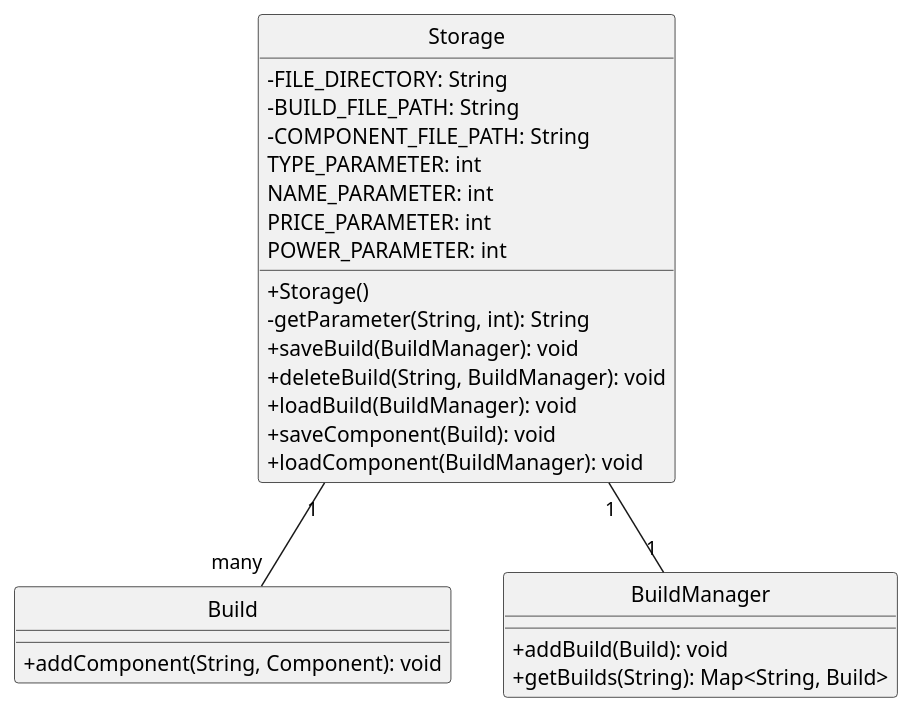
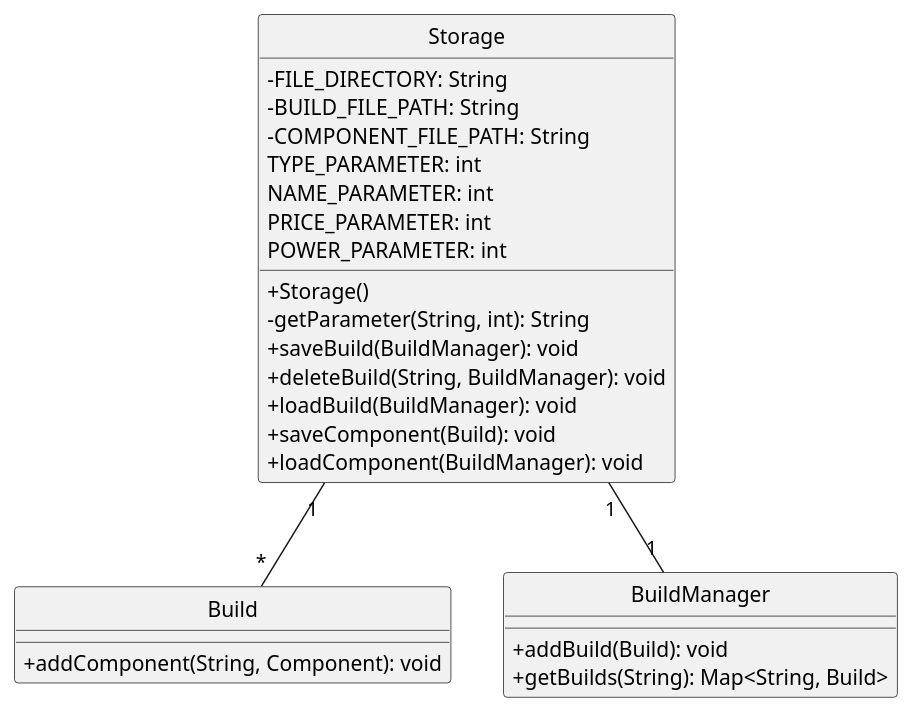
Before and after one commit to nus-cs2113-AY2223S1/tp: the diagram in docs/puml/Storage.puml, drawn with PlantUML. The commit also changed 1 other file, not shown here.

```diff
--- a/docs/puml/Storage.puml
+++ b/docs/puml/Storage.puml
@@ -1,38 +1,38 @@
 @startuml
 'https://plantuml.com/class-diagram
 skinparam classAttributeIconSize 0
 hide circle
 
 class Storage {
     -FILE_DIRECTORY: String
     -BUILD_FILE_PATH: String
     -COMPONENT_FILE_PATH: String
     TYPE_PARAMETER: int
     NAME_PARAMETER: int
     PRICE_PARAMETER: int
     POWER_PARAMETER: int
 
     +Storage()
     -getParameter(String, int): String
     +saveBuild(BuildManager): void
     +deleteBuild(String, BuildManager): void
     +loadBuild(BuildManager): void
     +saveComponent(Build): void
     +loadComponent(BuildManager): void
 }
 
 class Build {
     +addComponent(String, Component): void
 
 }
 
 class BuildManager {
     +addBuild(Build): void
     +getBuilds(String): Map<String, Build>
 
 }
 
 Storage "1"--"1" BuildManager
-Storage "1"--"many" Build
+Storage "1"--"*" Build
 
 @enduml
```
